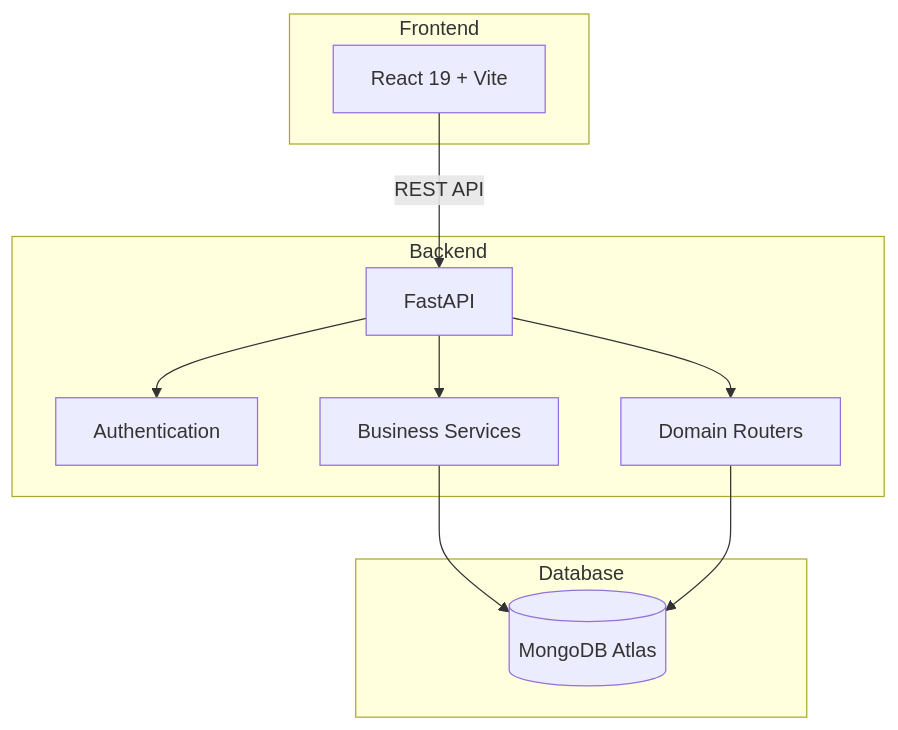
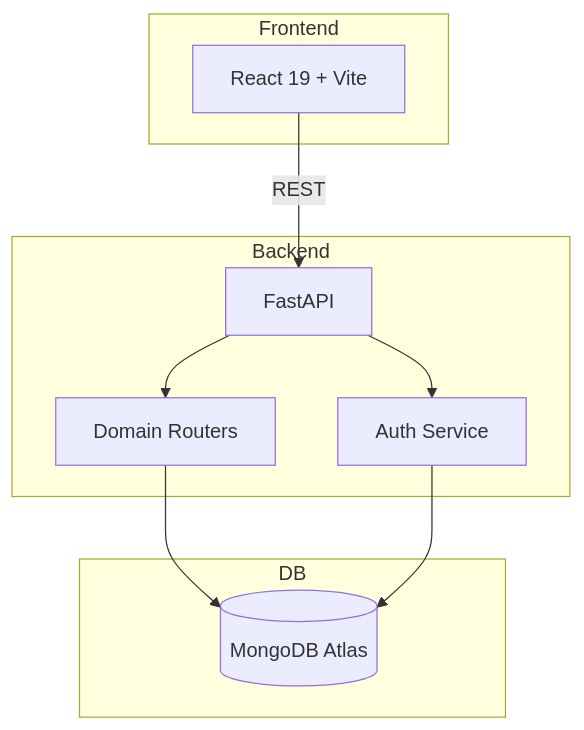
The second of 2 diagrams in README.md (sunilt808/Noq-Multi-Tenant_Hospital_Management_System), drawn with Mermaid before and after one commit. The commit also changed other lines of this file, not shown here.

````diff
--- a/README.md
+++ b/README.md
@@ -352,21 +162,20 @@
 ```mermaid
 flowchart TB
     subgraph Frontend
         React[React 19 + Vite]
     end
     subgraph Backend
         FastAPI[FastAPI]
-        Auth[Authentication]
-        Services[Business Services]
-        Routers[Domain Routers]
+        Auth[Auth Service]
+        Router[Domain Routers]
     end
-    subgraph Database
+    subgraph DB
         Mongo[(MongoDB Atlas)]
     end
-    React -->|REST API| FastAPI
+
+    React -->|REST| FastAPI
     FastAPI --> Auth
-    FastAPI --> Services
-    FastAPI --> Routers
-    Services --> Mongo
-    Routers --> Mongo
+    FastAPI --> Router
+    Router --> Mongo
+    Auth --> Mongo
 ```
````
